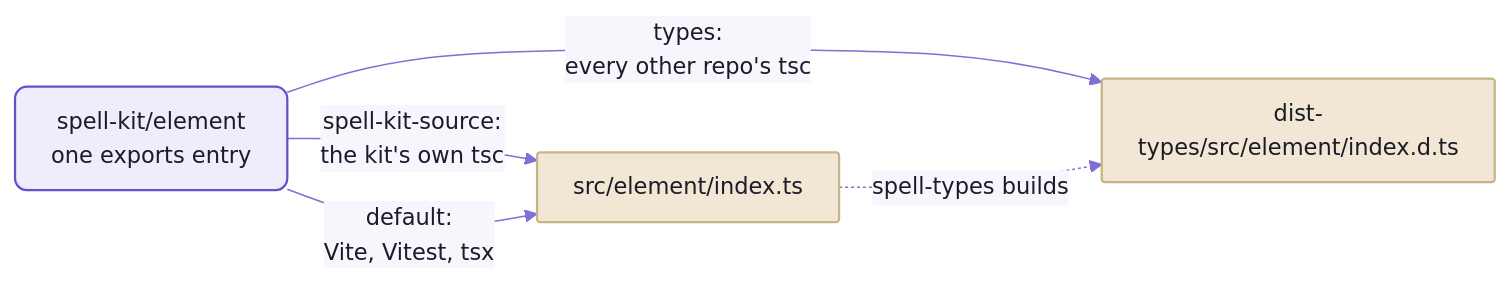
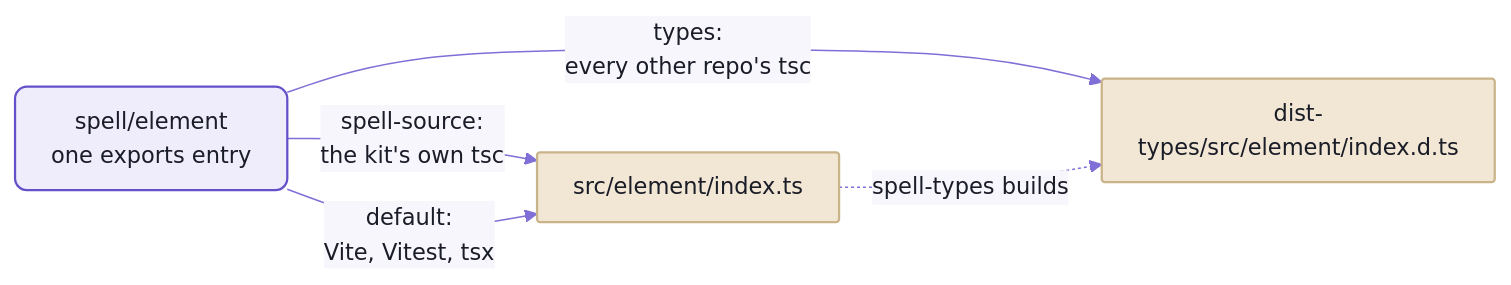
Before and after one commit to spell-app/spell: the second of 2 diagrams in README-toolchain.md, drawn with Mermaid. The commit also changed other lines of this file and 225 other files, not shown here.

````diff
--- a/README-toolchain.md
+++ b/README-toolchain.md
@@ -296,13 +296,13 @@
 ```mermaid
 %%{init: {"theme":"base","themeVariables":{"fontFamily":"-apple-system, BlinkMacSystemFont, Segoe UI, Helvetica, Arial, sans-serif","fontSize":"15px","primaryColor":"#EFECFB","primaryBorderColor":"#6550CA","primaryTextColor":"#1A1C27","secondaryColor":"#F4F1E9","tertiaryColor":"#F7F6FC","lineColor":"#7F6FD6","textColor":"#7F6FD6","clusterBkg":"#F7F6FC","clusterBorder":"#B9B0E8","titleColor":"#1A1C27","edgeLabelBackground":"#F7F6FC","actorBkg":"#EFECFB","actorBorder":"#6550CA","actorTextColor":"#1A1C27","actorLineColor":"#9C90DE","signalColor":"#7F6FD6","signalTextColor":"#7F6FD6","labelBoxBkgColor":"#EFECFB","labelBoxBorderColor":"#6550CA","labelTextColor":"#1A1C27","loopTextColor":"#7F6FD6","noteBkgColor":"#F1E7D4","noteBorderColor":"#C9B48A","noteTextColor":"#1A1C27","activationBkgColor":"#DCD6F7","activationBorderColor":"#6550CA","sequenceNumberColor":"#FFFFFF"},"flowchart":{"curve":"basis","padding":12,"nodeSpacing":40,"rankSpacing":44}}}%%
 flowchart LR
-  entry["spell-kit/element<br/>one exports entry"]
-  entry -- "spell-kit-source:<br/>the kit's own tsc" --> src["src/element/index.ts"]
+  entry["spell/element<br/>one exports entry"]
+  entry -- "spell-source:<br/>the kit's own tsc" --> src["src/element/index.ts"]
   entry -- "default:<br/>Vite, Vitest, tsx" --> src
   entry -- "types:<br/>every other repo's tsc" --> dts["dist-types/src/element/index.d.ts"]
   src -. "spell-types builds" .-> dts
   %% the Spell look:  yarn mermaid:pretty
   classDef default fill:#EFECFB,stroke:#6550CA,stroke-width:1.5px,color:#1A1C27,rx:8px,ry:8px
   classDef data fill:#F1E7D4,stroke:#C9B48A,stroke-width:1.5px,color:#1A1C27,rx:2px,ry:2px
   class src,dts data
 ```
````
